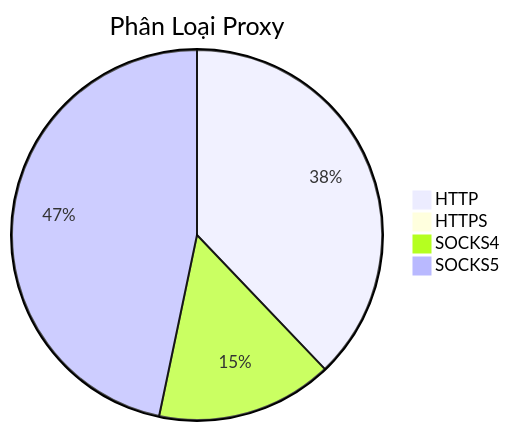
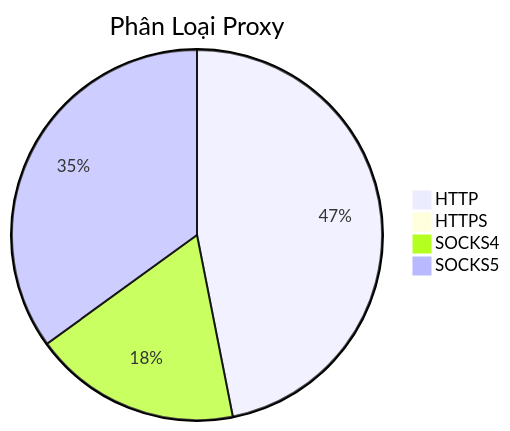
One commit to Ciara-12/PROXY-free changed the diagram in README.md. Above: the diagram before and after it, drawn with Mermaid. The commit also changed other lines of this file and 4 other files, not shown here.

````diff
--- a/README.md
+++ b/README.md
@@ -26,7 +26,7 @@
 ```mermaid
 pie title Phân Loại Proxy
-    "HTTP" : 1067
-    "HTTPS" : 2
-    "SOCKS4" : 434
-    "SOCKS5" : 1316
+    "HTTP" : 1059
+    "HTTPS" : 1
+    "SOCKS4" : 409
+    "SOCKS5" : 790
 ```
````
